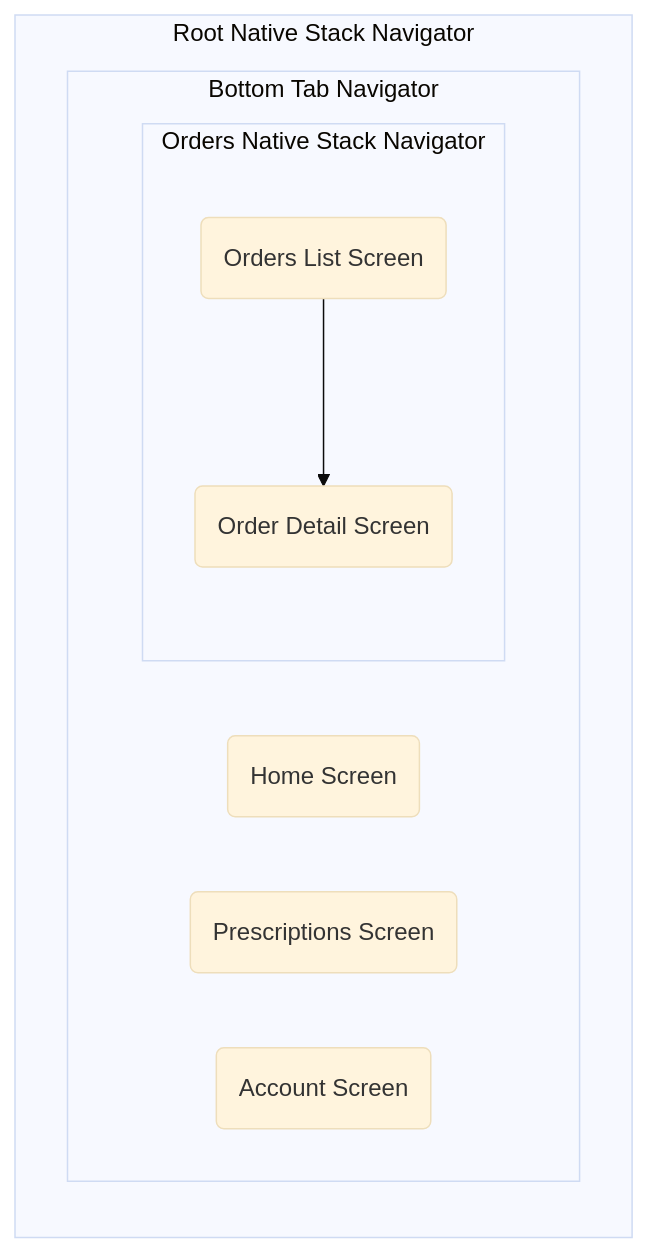
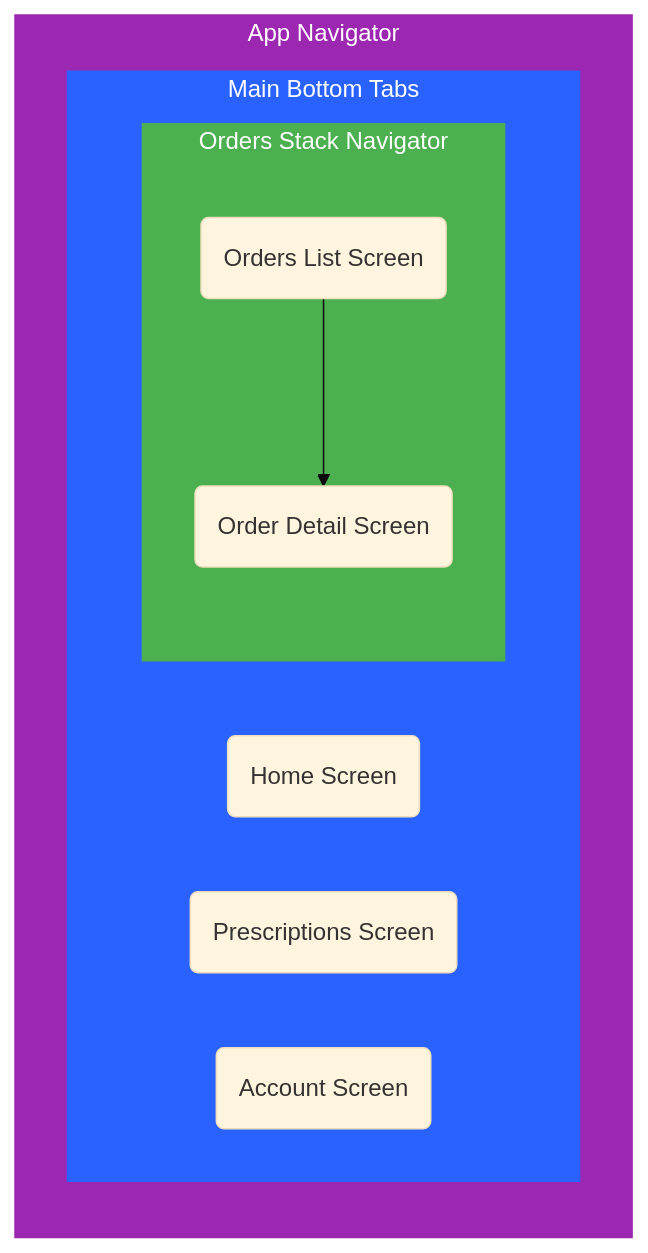
Before and after one commit to nickPattLB303/react-native-examples: the diagram in SpeedyMeds/docs/setup/navigation-setup.md, drawn with Mermaid (base theme). The commit also changed other lines of this file and 4 other files, not shown here.

````diff
--- a/SpeedyMeds/docs/setup/navigation-setup.md
+++ b/SpeedyMeds/docs/setup/navigation-setup.md
@@ -68,30 +43,24 @@
 ```mermaid
 graph TD
-    subgraph RootStack [Root Native Stack Navigator]
+    subgraph RootStack [App Navigator]
         direction TB
-        TabNav(Bottom Tab Navigator)
+        TabNav(Main Tabs)
     end
 
-    subgraph TabNav [Bottom Tab Navigator]
+    subgraph TabNav [Main Bottom Tabs]
         direction LR
         HomeScreen(Home Screen)
         PrescriptionsScreen(Prescriptions Screen)
         OrdersStackNav(Orders Stack)
         AccountScreen(Account Screen)
     end
 
-    subgraph OrdersStackNav [Orders Native Stack Navigator]
+    subgraph OrdersStackNav [Orders Stack Navigator]
         direction TB
         OrdersListScreen(Orders List Screen) --> OrderDetailScreen(Order Detail Screen)
     end
 
-    %% Define connections explicitly if needed, though subgraph implies hierarchy
-    %% RootStack --> TabNav; (Implied by subgraph)
-    %% TabNav --> HomeScreen; (Implied by subgraph)
-    %% TabNav --> PrescriptionsScreen; (Implied by subgraph)
-    %% TabNav --> OrdersStackNav; (Implied by subgraph)
-    %% TabNav --> AccountScreen; (Implied by subgraph)
-    %% OrdersStackNav --> OrdersListScreen; (Implied by subgraph)
-    %% OrdersListScreen --> OrderDetailScreen; (Implied by subgraph)
-
+    style RootStack color:#FFFFFF, fill:#9C27B0, stroke:#9C27B0
+    style TabNav color:#FFFFFF, fill:#2962FF, stroke:#2962FF
+    style OrdersStackNav color:#FFFFFF, fill:#4CAF50, stroke:#4CAF50
 ```
````
